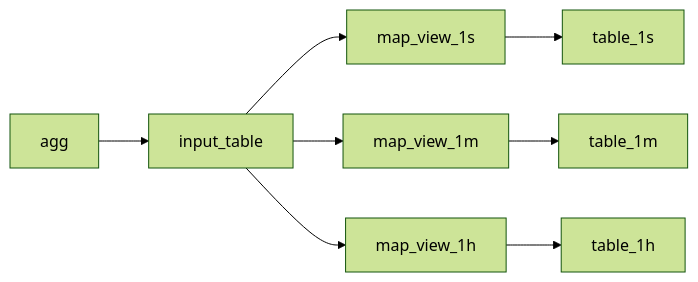
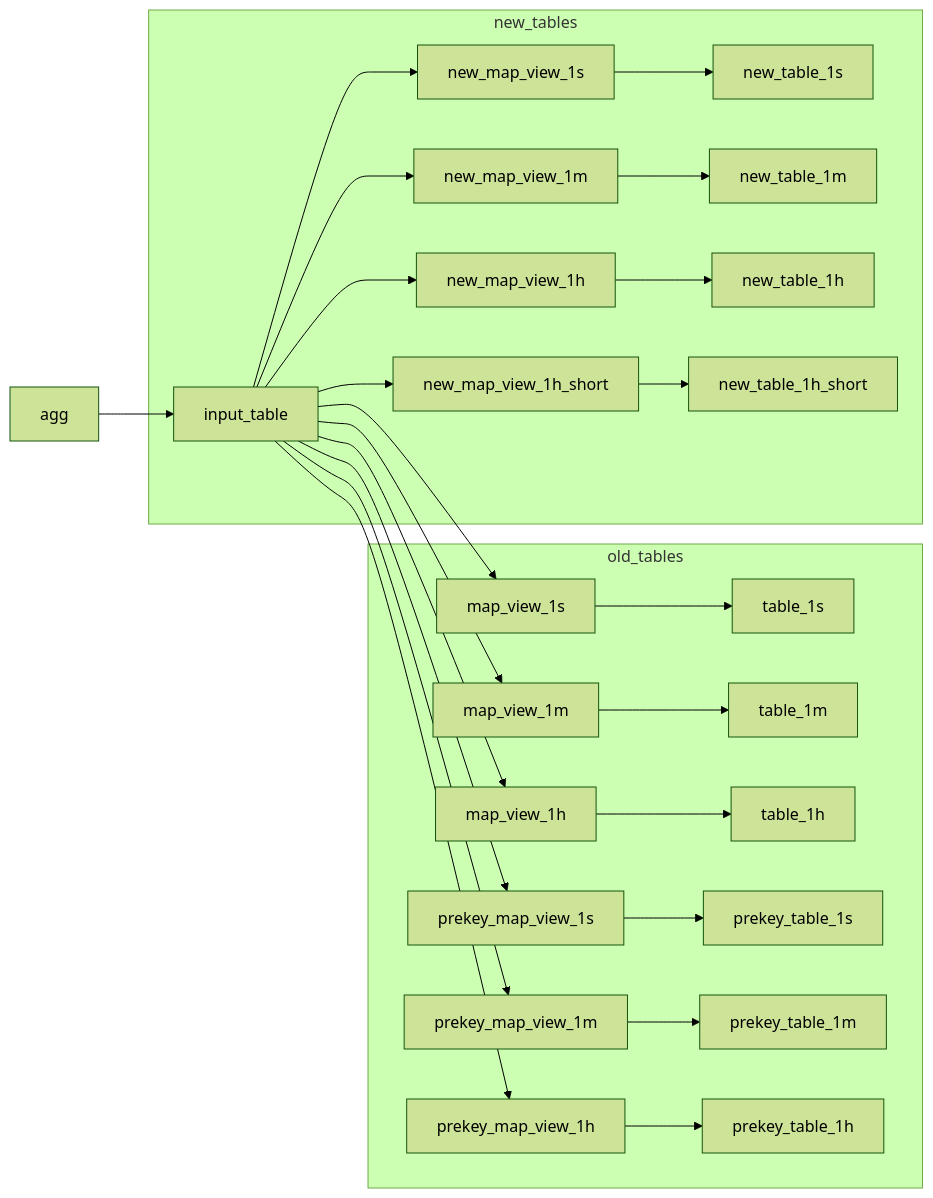
The first of 2 diagrams in docs/new_table.md (VKCOM/statshouse), drawn with Mermaid (forest theme) before and after one commit. The commit also changed other lines of this file, not shown here.

````diff
--- a/docs/new_table.md
+++ b/docs/new_table.md
@@ -26,10 +26,29 @@
 ```mermaid  
 graph LR;
 agg-->input_table
+subgraph new_tables
+input_table-->new_map_view_1s;
+input_table-->new_map_view_1m;
+input_table-->new_map_view_1h;
+input_table-->new_map_view_1h_short;
+new_map_view_1s-->new_table_1s;
+new_map_view_1m-->new_table_1m;
+new_map_view_1h-->new_table_1h;
+new_map_view_1h_short-->new_table_1h_short;
+end
+
+subgraph old_tables
 input_table-->map_view_1s;
 input_table-->map_view_1m;
 input_table-->map_view_1h;
+input_table-->prekey_map_view_1s;
+input_table-->prekey_map_view_1m;
+input_table-->prekey_map_view_1h;
 map_view_1s-->table_1s;
 map_view_1m-->table_1m;
 map_view_1h-->table_1h;
+prekey_map_view_1s-->prekey_table_1s;
+prekey_map_view_1m-->prekey_table_1m;
+prekey_map_view_1h-->prekey_table_1h;
+end
 ```
````
